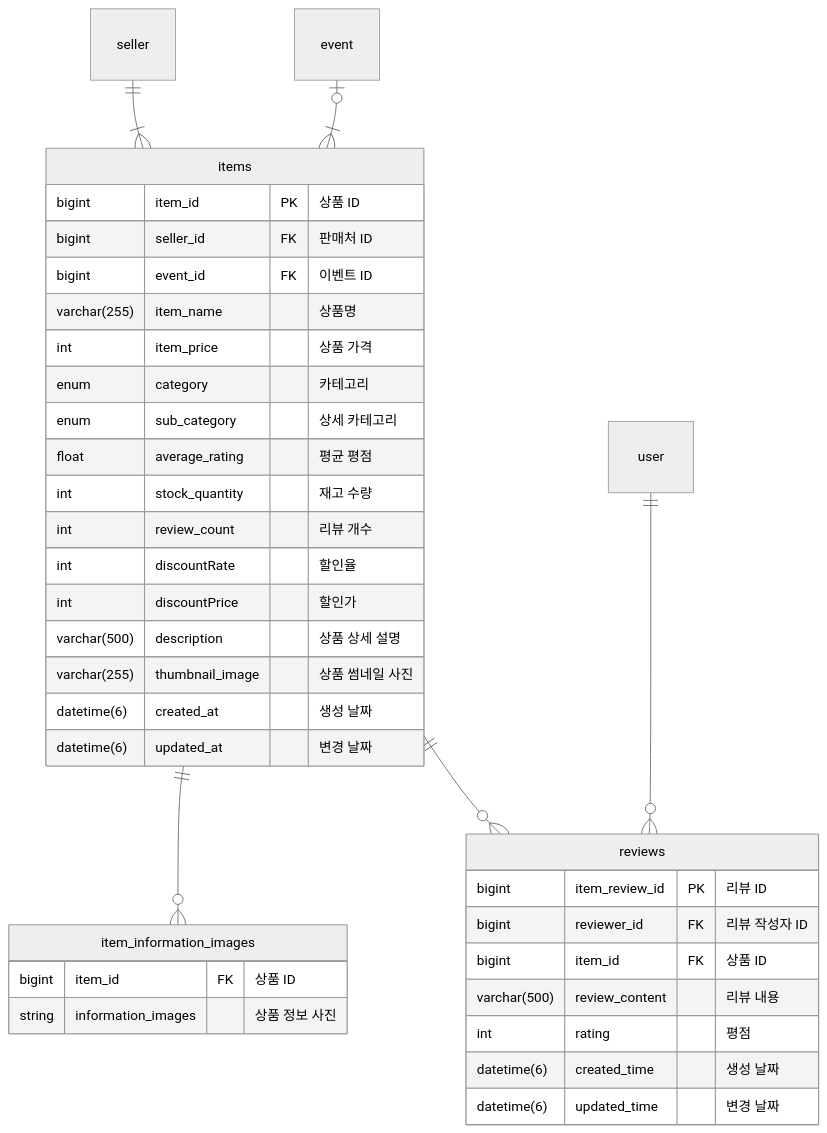
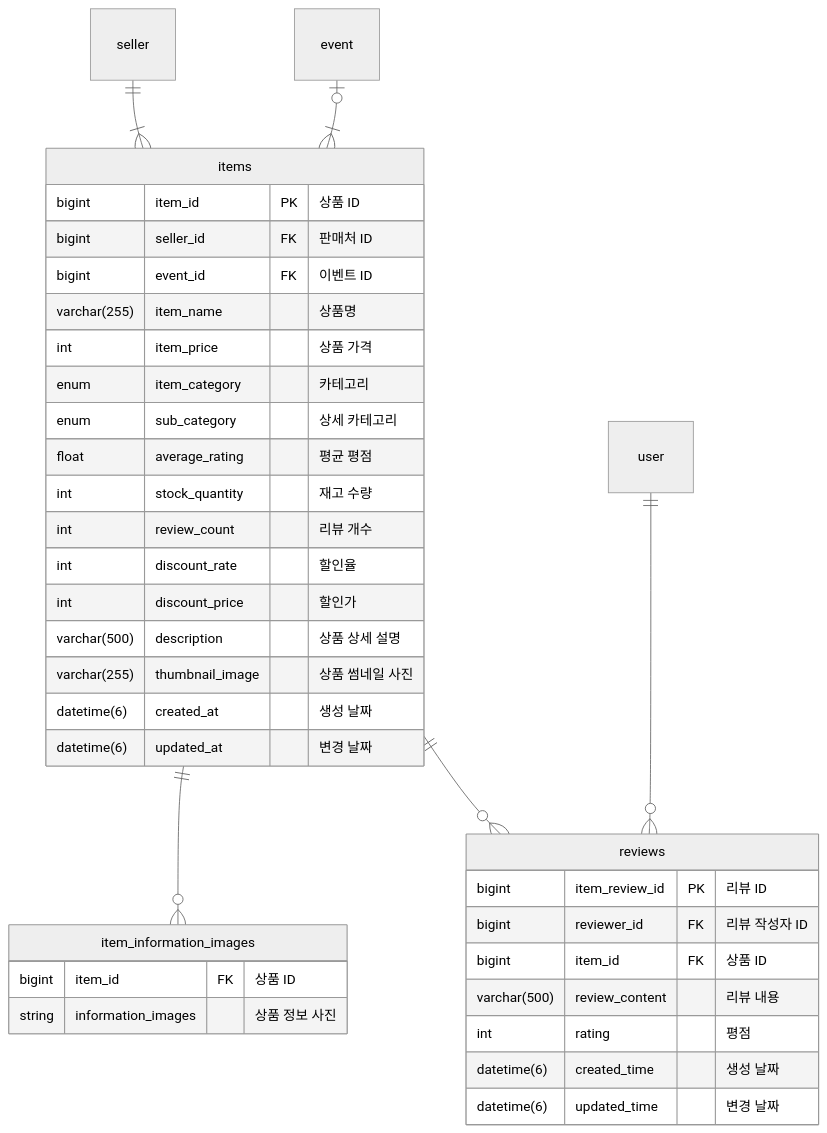
The fifth of 9 diagrams in Erd.md (kea-dpang/docs), drawn with Mermaid (neutral theme) before and after one commit. The commit also changed other lines of this file, not shown here.

First line of the commit message:
[Docs] Update Erd.md

````diff
--- a/Erd.md
+++ b/Erd.md
@@ -221,42 +221,42 @@
 ```mermaid
 erDiagram
     items {
         bigint item_id PK "상품 ID"
         bigint seller_id FK "판매처 ID"
         bigint event_id FK "이벤트 ID"
         varchar(255) item_name "상품명"
         int item_price "상품 가격"
-        enum category "카테고리"
+        enum item_category "카테고리"
         enum sub_category "상세 카테고리"
         float average_rating "평균 평점"
         int stock_quantity "재고 수량"
         int review_count "리뷰 개수"
-        int discountRate "할인율"
-        int discountPrice "할인가"
+        int discount_rate "할인율"
+        int discount_price "할인가"
         varchar(500) description "상품 상세 설명"
         varchar(255) thumbnail_image "상품 썸네일 사진"
         datetime(6) created_at "생성 날짜"
         datetime(6) updated_at "변경 날짜"
     }
 
     reviews {
         bigint item_review_id PK "리뷰 ID"
         bigint reviewer_id FK "리뷰 작성자 ID"
         bigint item_id FK "상품 ID"
         varchar(500) review_content "리뷰 내용"
         int rating "평점"
         datetime(6) created_time "생성 날짜"
         datetime(6) updated_time "변경 날짜"
     }
 
     item_information_images {
         bigint item_id FK "상품 ID"
         string information_images "상품 정보 사진"
     }
 
     items ||--o{ item_information_images: ""
     items ||--o{ reviews: ""
     seller ||--|{ items: ""
     event |o--|{ items: ""
     user ||--o{ reviews: ""
 ```
````
